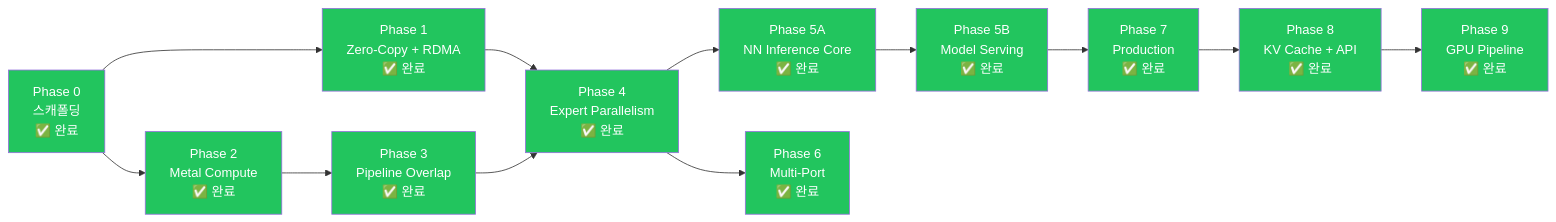
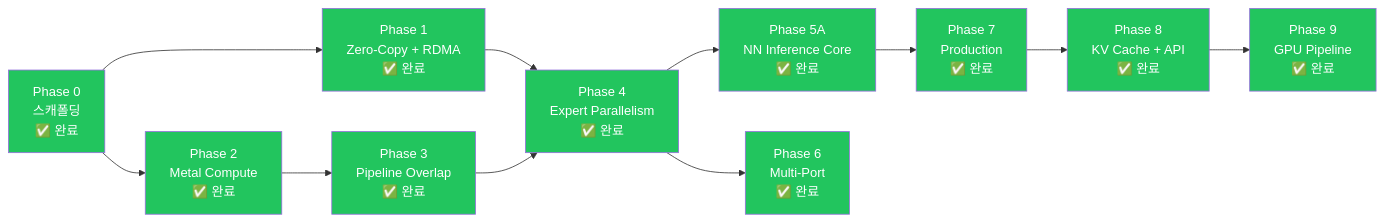
The diagram in docs/roadmap/phases_ko.md (0xDaizz/RMLX), drawn with Mermaid before and after one commit. The commit also changed other lines of this file and 5 other files, not shown here.

First line of the commit message:
docs: remove Phase 5B (Model Serving) from roadmap, add emojis (#7)

````diff
--- a/docs/roadmap/phases_ko.md
+++ b/docs/roadmap/phases_ko.md
@@ -55,38 +53,35 @@
 ```mermaid
 graph LR
     P0["Phase 0<br/>스캐폴딩<br/>✅ 완료"]
     P1["Phase 1<br/>Zero-Copy + RDMA<br/>✅ 완료"]
     P2["Phase 2<br/>Metal Compute<br/>✅ 완료"]
     P3["Phase 3<br/>Pipeline Overlap<br/>✅ 완료"]
     P4["Phase 4<br/>Expert Parallelism<br/>✅ 완료"]
     P5A["Phase 5A<br/>NN Inference Core<br/>✅ 완료"]
-    P5B["Phase 5B<br/>Model Serving<br/>✅ 완료"]
     P6["Phase 6<br/>Multi-Port<br/>✅ 완료"]
     P7["Phase 7<br/>Production<br/>✅ 완료"]
     P8["Phase 8<br/>KV Cache + API<br/>✅ 완료"]
     P9["Phase 9<br/>GPU Pipeline<br/>✅ 완료"]
 
     P0 --> P1
     P0 --> P2
     P2 --> P3
     P1 --> P4
     P3 --> P4
     P4 --> P5A
-    P5A --> P5B
     P4 --> P6
-    P5B --> P7
+    P5A --> P7
     P7 --> P8
     P8 --> P9
 
     style P0 fill:#22c55e,color:#fff
     style P1 fill:#22c55e,color:#fff
     style P2 fill:#22c55e,color:#fff
     style P3 fill:#22c55e,color:#fff
     style P4 fill:#22c55e,color:#fff
     style P5A fill:#22c55e,color:#fff
-    style P5B fill:#22c55e,color:#fff
     style P6 fill:#22c55e,color:#fff
     style P7 fill:#22c55e,color:#fff
     style P8 fill:#22c55e,color:#fff
     style P9 fill:#22c55e,color:#fff
 ```
````
